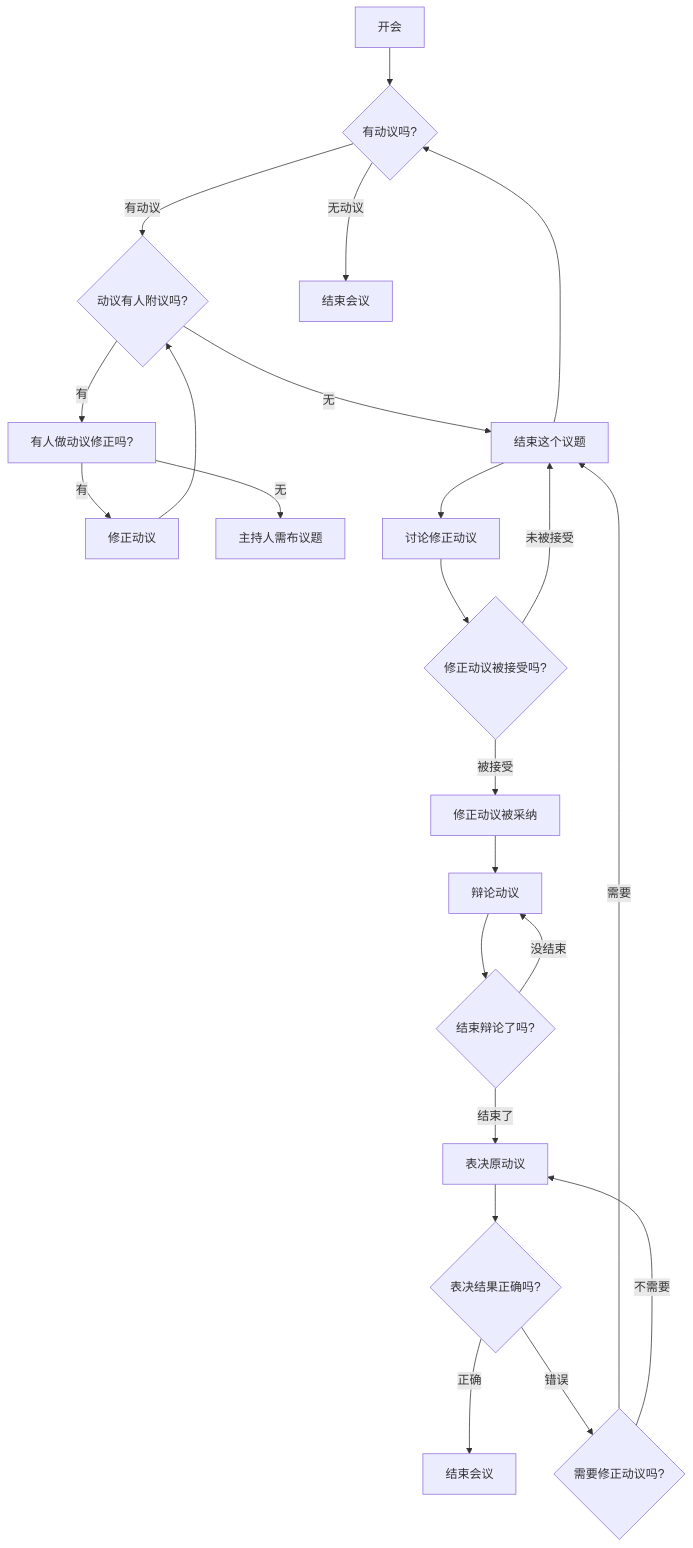
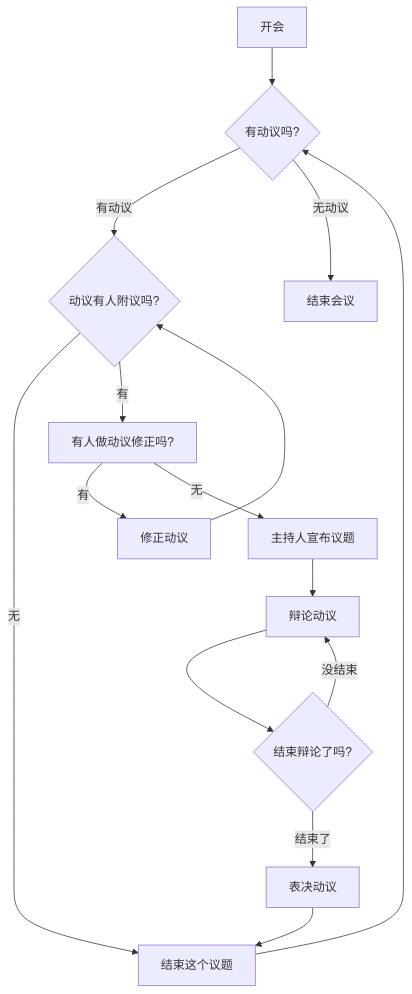
One commit to newle/newle.github.io changed the second of 2 diagrams in 《可操作的民主》.md. Above: the diagram before and after it, drawn with Mermaid.

Commit message:
vault backup: 2023-04-04 15:46:53

````diff
--- a/《可操作的民主》.md
+++ b/《可操作的民主》.md
@@ -83,25 +83,17 @@
 ```mermaid
 graph TD;
   A[开会] --> B{有动议吗?};
   B -->|有动议| C{动议有人附议吗?};
   C -->|无| D[结束这个议题];
   D --> B;
   B --> |无动议| BB[结束会议];
   C -->|有| CC[有人做动议修正吗?];
   CC --> |有| CCC[修正动议];
   CCC --> C;
-  CC --> |无| CCCC[主持人需布议题];
-  D --> E[讨论修正动议];
-  E --> F{修正动议被接受吗?};
-  F -->|被接受| G[修正动议被采纳];
-  F -->|未被接受| D;
-  G --> H[辩论动议];
+  CC --> |无| CCCC[主持人宣布议题];
+  CCCC --> H[辩论动议];
   H --> I{结束辩论了吗?};
-  I -->|结束了| J[表决原动议];
+  I -->|结束了| J[表决动议];
   I -->|没结束| H;
-  J --> K{表决结果正确吗?};
-  K -->|正确| L[结束会议];
-  K -->|错误| M{需要修正动议吗?};
-  M -->|需要| D;
-  M -->|不需要| J;
+  J --> D
 ```
````
